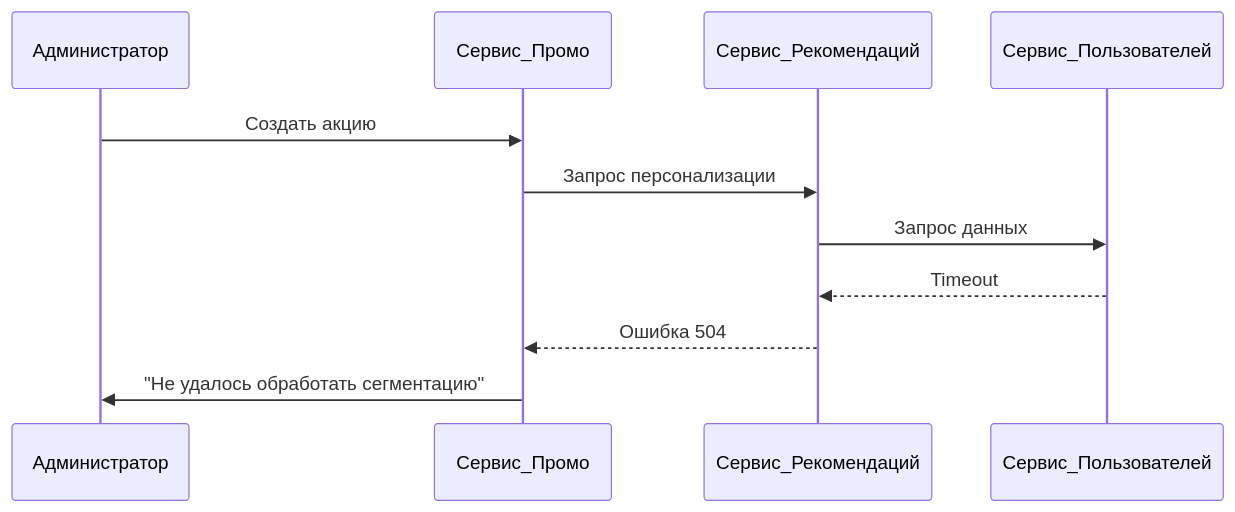
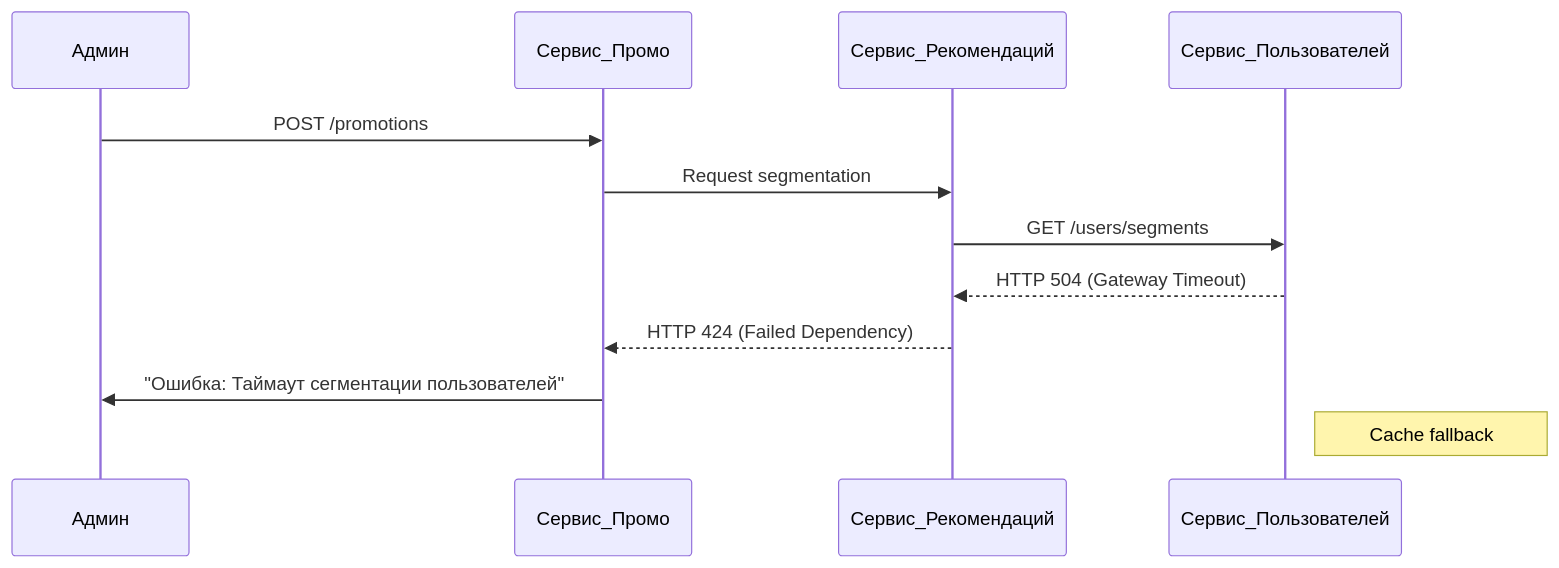
Before and after one commit to andreyantropov/architect-coursework: the seventh of 8 diagrams in architecture/critical-business-processes.md, drawn with Mermaid. The commit also changed other lines of this file, not shown here.

````diff
--- a/architecture/critical-business-processes.md
+++ b/architecture/critical-business-processes.md
@@ -93,14 +99,15 @@
 ```mermaid
 sequenceDiagram
-    participant Администратор
+    participant Админ
     participant Сервис_Промо
     participant Сервис_Рекомендаций
     participant Сервис_Пользователей
     
-    Администратор->>Сервис_Промо: Создать акцию
-    Сервис_Промо->>Сервис_Рекомендаций: Запрос персонализации
-    Сервис_Рекомендаций->>Сервис_Пользователей: Запрос данных
-    Сервис_Пользователей-->>Сервис_Рекомендаций: Timeout
-    Сервис_Рекомендаций-->>Сервис_Промо: Ошибка 504
-    Сервис_Промо->>Администратор: "Не удалось обработать сегментацию"
+    Админ->>Сервис_Промо: POST /promotions
+    Сервис_Промо->>Сервис_Рекомендаций: Request segmentation
+    Сервис_Рекомендаций->>Сервис_Пользователей: GET /users/segments
+    Сервис_Пользователей-->>Сервис_Рекомендаций: HTTP 504 (Gateway Timeout)
+    Сервис_Рекомендаций-->>Сервис_Промо: HTTP 424 (Failed Dependency)
+    Сервис_Промо->>Админ: "Ошибка: Таймаут сегментации пользователей"
+    note right of Сервис_Пользователей: Cache fallback
 ```
````
